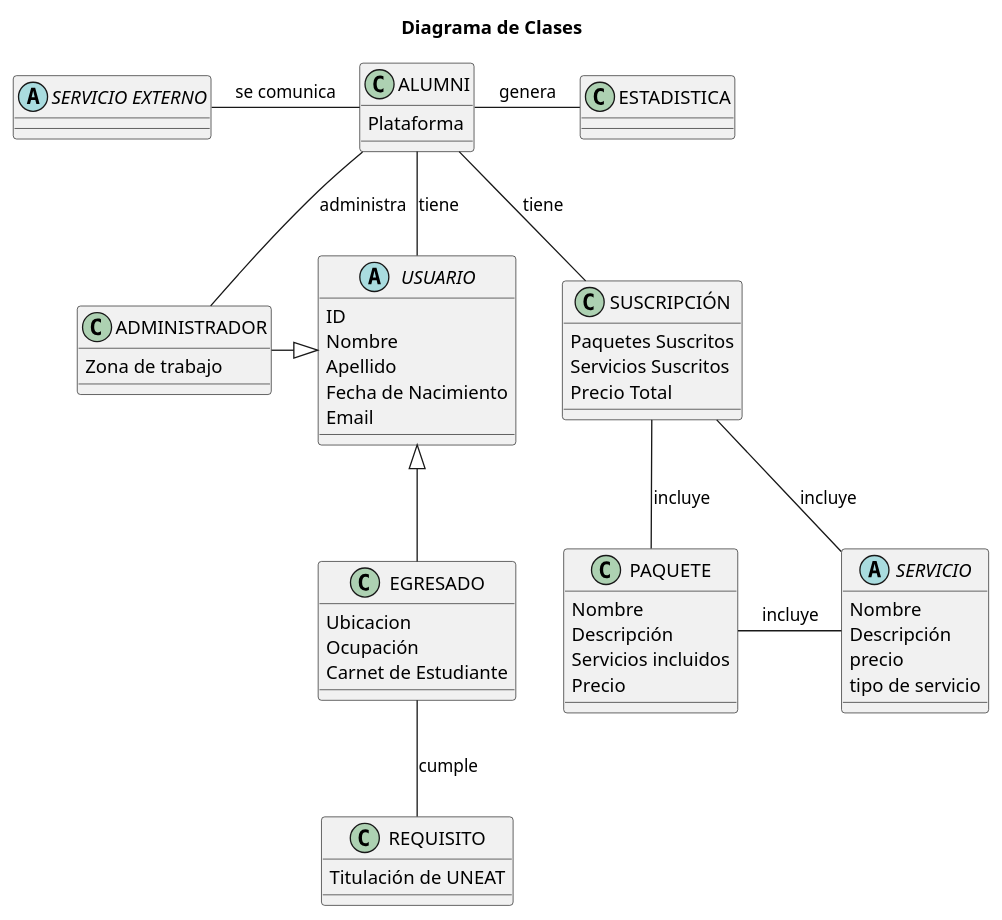
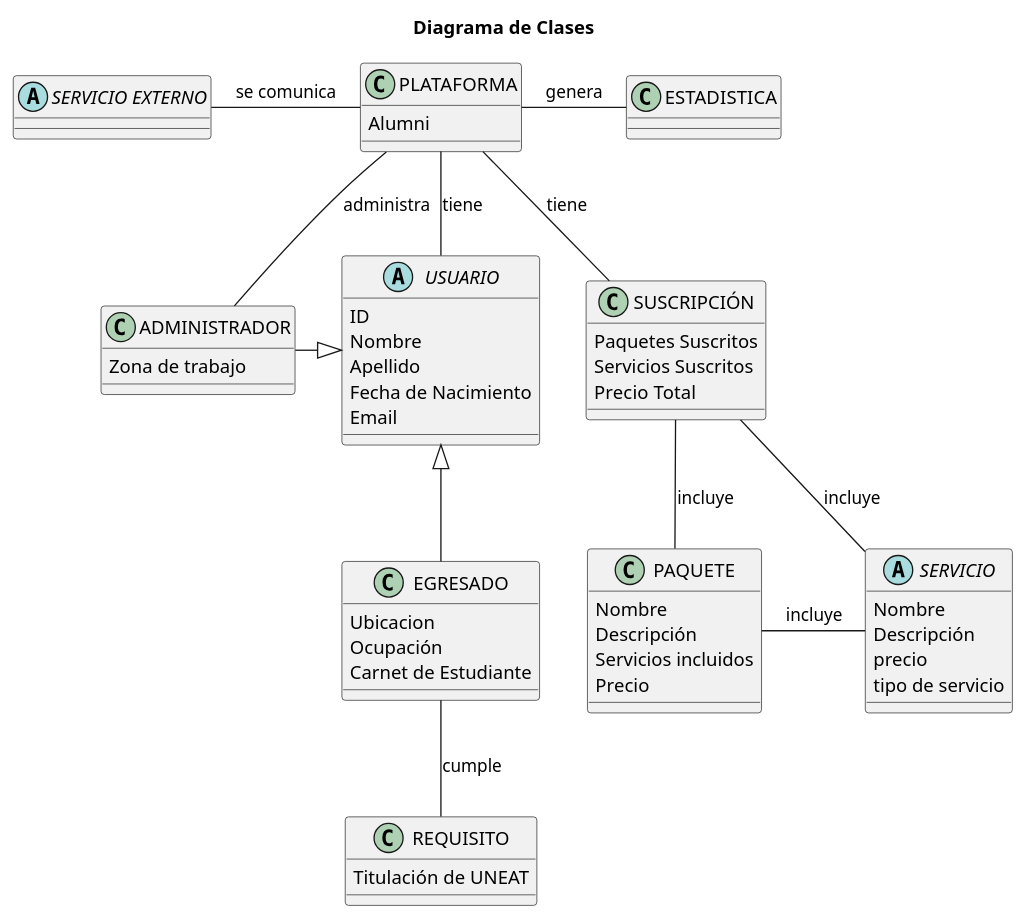
The diagram in Modelos_de_Dominio/Modelos_Finales/Tercera_Iteración/Diagrama_de_Clases/Diagrama_de_Clases.puml (mmasias/23-24-IdSw1-SDR), drawn with PlantUML before and after one commit. The commit also changed 1 other file, not shown here.

Commit message:
Cambiado Alumni por plataforma

```diff
--- a/Modelos_de_Dominio/Modelos_Finales/Tercera_Iteración/Diagrama_de_Clases/Diagrama_de_Clases.puml
+++ b/Modelos_de_Dominio/Modelos_Finales/Tercera_Iteración/Diagrama_de_Clases/Diagrama_de_Clases.puml
@@ -1,81 +1,81 @@
 @startuml AumniClasses
 
 title Diagrama de Clases
 
 '!theme amiga
 skinparam backgroundColor white
 skinparam defaultFontName Arial
 
-class ALUMNI 
+class PLATAFORMA 
 {
-   Plataforma
+   Alumni
 }
 
 abstract "SERVICIO EXTERNO" {}
 
 abstract USUARIO 
 {
     ID
     Nombre 
     Apellido
     Fecha de Nacimiento
     Email
 }
 
 class EGRESADO 
 {
     Ubicacion
     Ocupación
     Carnet de Estudiante
 }
 
 class ADMINISTRADOR 
 {
     Zona de trabajo
 }
 
 class REQUISITO 
 {
     Titulación de UNEAT
 }
 
 class ESTADISTICA 
 {
 }
 
 class SUSCRIPCIÓN 
 {
     Paquetes Suscritos
     Servicios Suscritos
     Precio Total
 }
 
 class PAQUETE
 {
     Nombre
     Descripción
     Servicios incluidos
     Precio
 }
 
 abstract SERVICIO 
 {
     Nombre 
     Descripción
     precio
     tipo de servicio
 }
 
-ALUMNI -- USUARIO : tiene
-ALUMNI - ESTADISTICA : genera
-SUSCRIPCIÓN -up- ALUMNI : tiene
-ALUMNI -left- "SERVICIO EXTERNO" : se comunica
+PLATAFORMA -- USUARIO : tiene
+PLATAFORMA - ESTADISTICA : genera
+SUSCRIPCIÓN -up- PLATAFORMA : tiene
+PLATAFORMA -left- "SERVICIO EXTERNO" : se comunica
 SUSCRIPCIÓN -- SERVICIO : incluye
 EGRESADO -- REQUISITO : cumple
 SUSCRIPCIÓN -- PAQUETE : incluye
 PAQUETE - SERVICIO : incluye
 USUARIO <|-- EGRESADO
 USUARIO <|-left- ADMINISTRADOR
-ADMINISTRADOR -up- ALUMNI : administra
+ADMINISTRADOR -up- PLATAFORMA : administra
 
 @enduml
```
